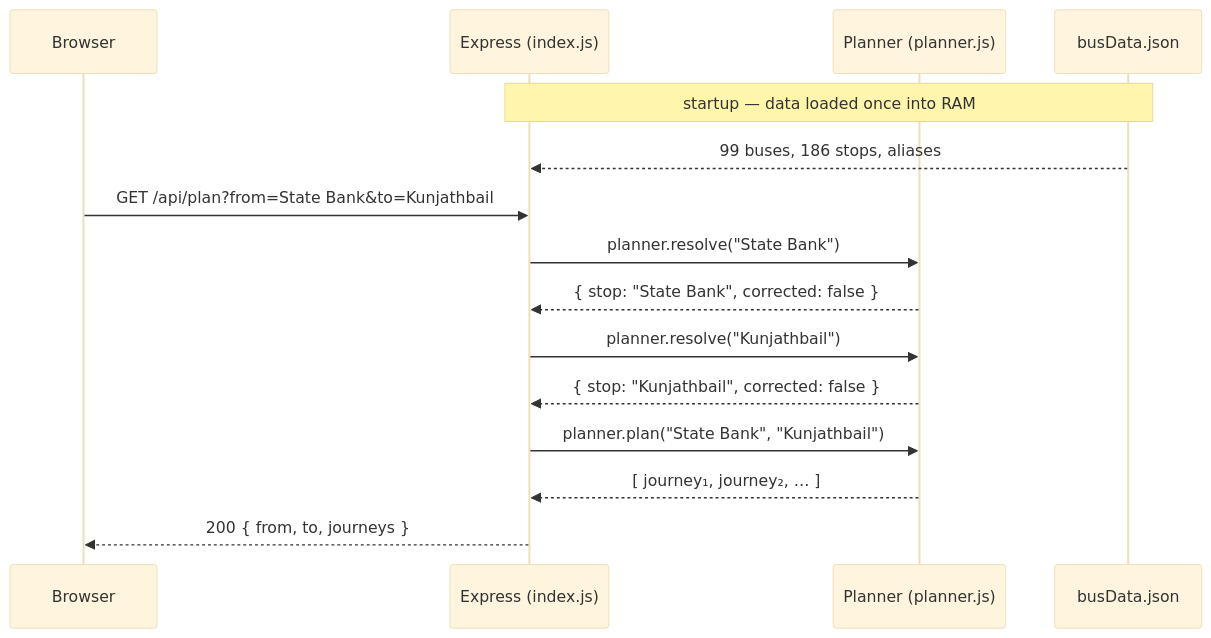
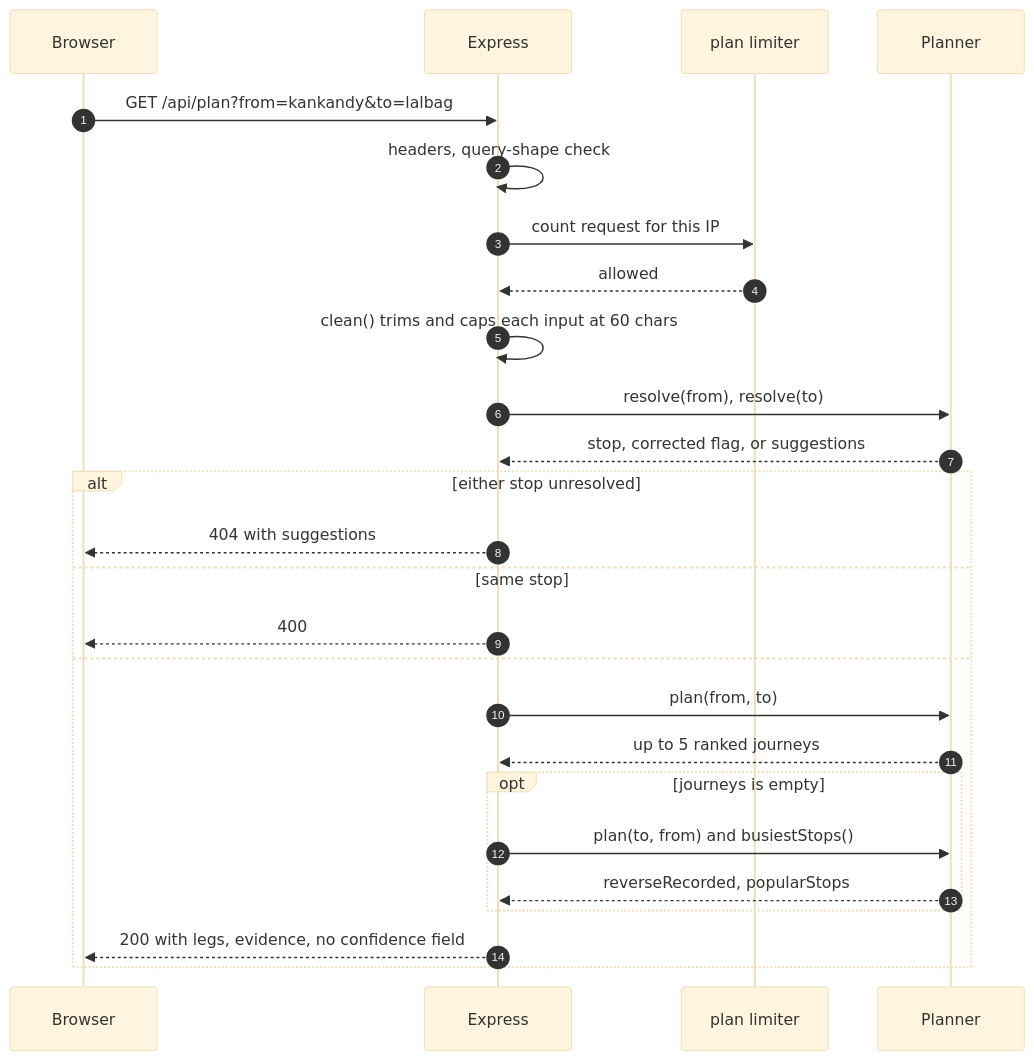
One commit to adityagupta000/Kudla_Routes changed the third of 3 diagrams in docs/architecture.md. Above: the diagram before and after it, drawn with Mermaid (base theme). The commit also changed other lines of this file, not shown here.

Commit message:
docs(architecture): expand system diagram and add component responsibility table

````diff
--- a/docs/architecture.md
+++ b/docs/architecture.md
@@ -65,19 +74,28 @@
 ```mermaid
 sequenceDiagram
+    autonumber
     participant B as Browser
-    participant S as Express (index.js)
-    participant P as Planner (planner.js)
-    participant D as busData.json
-
-    Note over S,D: startup — data loaded once into RAM
-    D-->>S: 99 buses, 186 stops, aliases
-
-    B->>S: GET /api/plan?from=State Bank&to=Kunjathbail
-    S->>P: planner.resolve("State Bank")
-    P-->>S: { stop: "State Bank", corrected: false }
-    S->>P: planner.resolve("Kunjathbail")
-    P-->>S: { stop: "Kunjathbail", corrected: false }
-    S->>P: planner.plan("State Bank", "Kunjathbail")
-    P-->>S: [ journey₁, journey₂, … ]
-    S-->>B: 200 { from, to, journeys }
+    participant E as Express
+    participant L as plan limiter
+    participant P as Planner
+    B->>E: GET /api/plan?from=kankandy&to=lalbag
+    E->>E: headers, query-shape check
+    E->>L: count request for this IP
+    L-->>E: allowed
+    E->>E: clean() trims and caps each input at 60 chars
+    E->>P: resolve(from), resolve(to)
+    P-->>E: stop, corrected flag, or suggestions
+    alt either stop unresolved
+        E-->>B: 404 with suggestions
+    else same stop
+        E-->>B: 400
+    else
+        E->>P: plan(from, to)
+        P-->>E: up to 5 ranked journeys
+        opt journeys is empty
+            E->>P: plan(to, from) and busiestStops()
+            P-->>E: reverseRecorded, popularStops
+        end
+        E-->>B: 200 with legs, evidence, no confidence field
+    end
 ```
````
